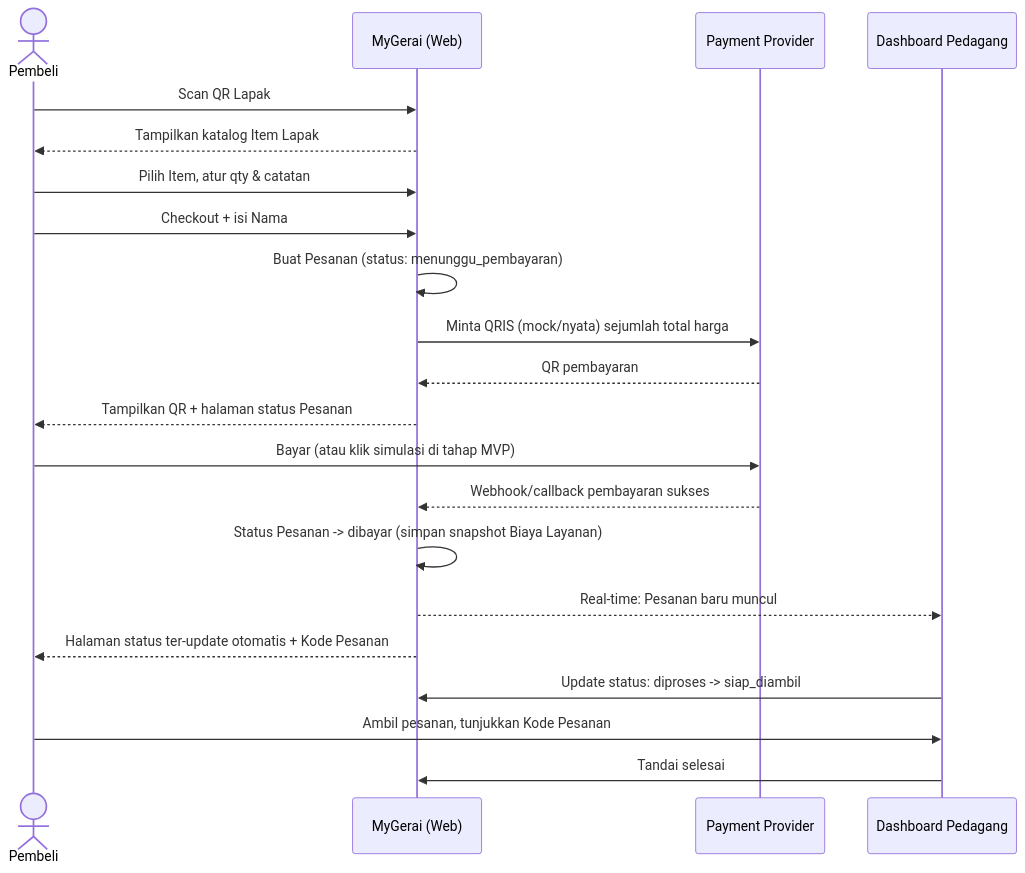
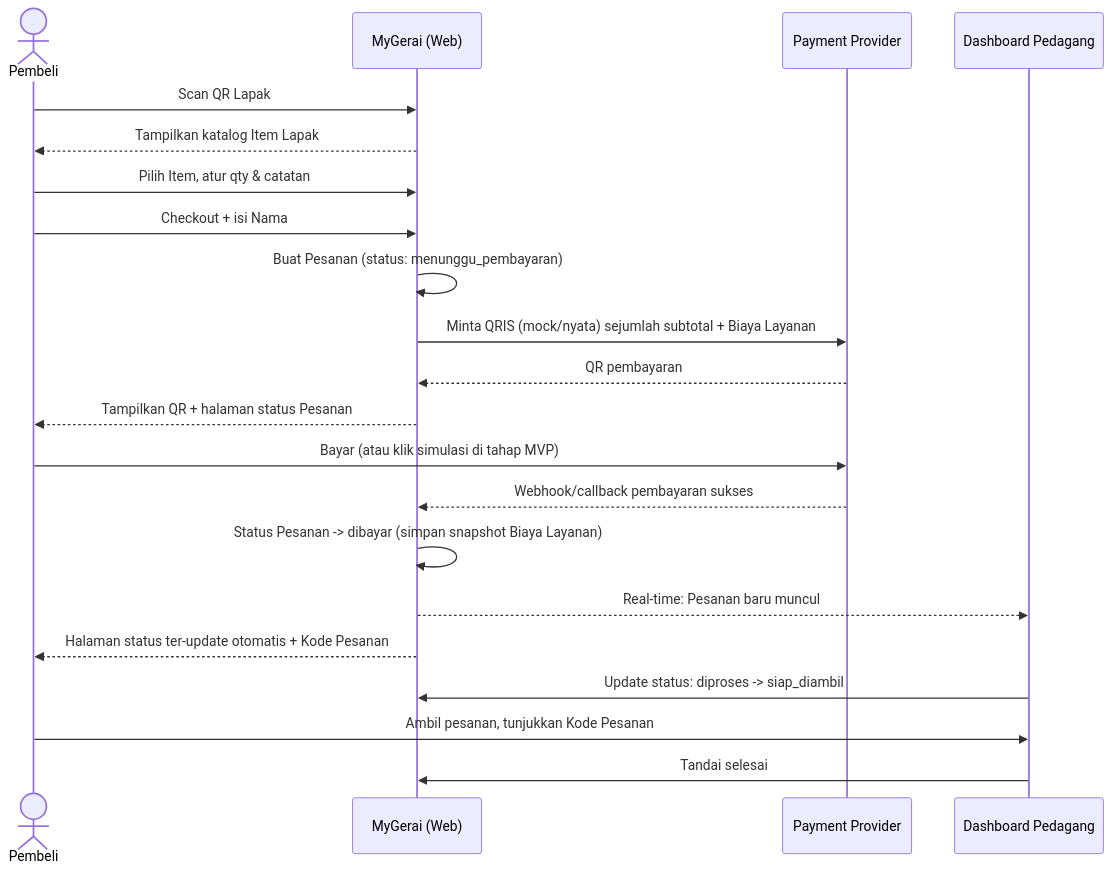
The diagram in docs/PRD.md (WeirdoKitten/My-Gerai), drawn with Mermaid before and after one commit. The commit also changed other lines of this file and 22 other files, not shown here.

````diff
--- a/docs/PRD.md
+++ b/docs/PRD.md
@@ -77,24 +77,24 @@
 ```mermaid
 sequenceDiagram
     actor P as Pembeli
     participant App as MyGerai (Web)
     participant PG as Payment Provider
     participant Ped as Dashboard Pedagang
 
     P->>App: Scan QR Lapak
     App-->>P: Tampilkan katalog Item Lapak
     P->>App: Pilih Item, atur qty & catatan
     P->>App: Checkout + isi Nama
     App->>App: Buat Pesanan (status: menunggu_pembayaran)
-    App->>PG: Minta QRIS (mock/nyata) sejumlah total harga
+    App->>PG: Minta QRIS (mock/nyata) sejumlah subtotal + Biaya Layanan
     PG-->>App: QR pembayaran
     App-->>P: Tampilkan QR + halaman status Pesanan
     P->>PG: Bayar (atau klik simulasi di tahap MVP)
     PG-->>App: Webhook/callback pembayaran sukses
     App->>App: Status Pesanan -> dibayar (simpan snapshot Biaya Layanan)
     App-->>Ped: Real-time: Pesanan baru muncul
     App-->>P: Halaman status ter-update otomatis + Kode Pesanan
     Ped->>App: Update status: diproses -> siap_diambil
     P->>Ped: Ambil pesanan, tunjukkan Kode Pesanan
     Ped->>App: Tandai selesai
 ```
````
